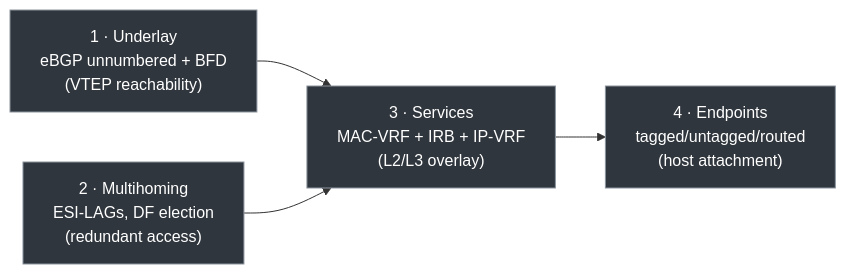
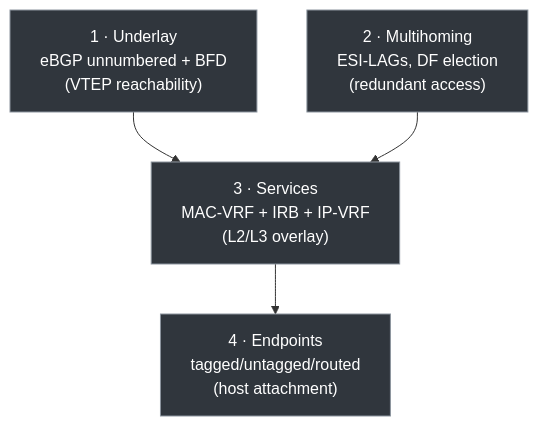
Before and after one commit to mischadiehm/nokia-validated-designs: the first of 6 diagrams in validated-designs/collapsed-spine/collapsed-spine-with-ansible/README.md, drawn with Mermaid. The commit also changed other lines of this file and 63 other files, not shown here.

````diff
--- a/validated-designs/collapsed-spine/collapsed-spine-with-ansible/README.md
+++ b/validated-designs/collapsed-spine/collapsed-spine-with-ansible/README.md
@@ -100,12 +100,12 @@
 ```mermaid
-flowchart LR
+flowchart TD
   U["1 · Underlay<br/>eBGP unnumbered + BFD<br/>(VTEP reachability)"]
   M["2 · Multihoming<br/>ESI-LAGs, DF election<br/>(redundant access)"]
   S["3 · Services<br/>MAC-VRF + IRB + IP-VRF<br/>(L2/L3 overlay)"]
   E["4 · Endpoints<br/>tagged/untagged/routed<br/>(host attachment)"]
   U --> S
   M --> S
   S --> E
   classDef b fill:#30363d,stroke:#8b949e,color:#fff;
   class U,M,S,E b;
 ```
````
